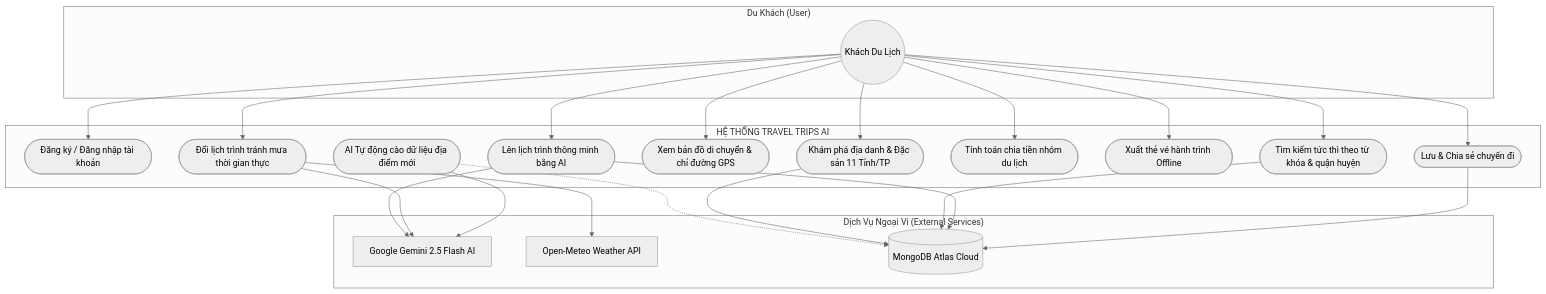
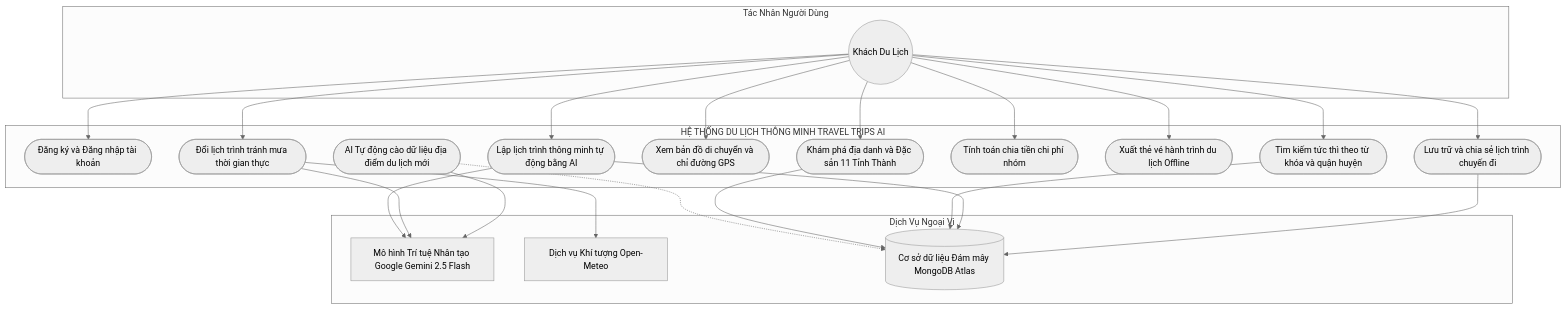
The first of 6 diagrams in README.md (HexDen/Travel_Trips_Central_VietNam), drawn with Mermaid (neutral theme) before and after one commit. The commit also changed other lines of this file, not shown here.

Commit message:
fix: 100% Vietnamese mermaid diagrams and detailed presentation guide

````diff
--- a/README.md
+++ b/README.md
@@ -81,45 +81,45 @@
 ```mermaid
 flowchart TD
-    subgraph KhachDuLich["Du Khách (User)"]
-        U((Khách Du Lịch))
+    subgraph TacNhan["Tác Nhân Người Dùng"]
+        U(("Khách Du Lịch"))
     end
 
-    subgraph HeThongTravelTrips["HỆ THỐNG TRAVEL TRIPS AI"]
-        UC1([Đăng ký / Đăng nhập tài khoản])
-        UC2([Khám phá địa danh & Đặc sản 11 Tỉnh/TP])
-        UC3([Tìm kiếm tức thì theo từ khóa & quận huyện])
-        UC4([Lên lịch trình thông minh bằng AI])
-        UC5([Xem bản đồ di chuyển & chỉ đường GPS])
-        UC6([Đổi lịch trình tránh mưa thời gian thực])
-        UC7([Tính toán chia tiền nhóm du lịch])
-        UC8([Xuất thẻ vé hành trình Offline])
-        UC9([Lưu & Chia sẻ chuyến đi])
-        UC10([AI Tự động cào dữ liệu địa điểm mới])
+    subgraph HeThongTravelTrips["HỆ THỐNG DU LỊCH THÔNG MINH TRAVEL TRIPS AI"]
+        UC1(["Đăng ký và Đăng nhập tài khoản"])
+        UC2(["Khám phá địa danh và Đặc sản 11 Tỉnh Thành"])
+        UC3(["Tìm kiếm tức thì theo từ khóa và quận huyện"])
+        UC4(["Lập lịch trình thông minh tự động bằng AI"])
+        UC5(["Xem bản đồ di chuyển và chỉ đường GPS"])
+        UC6(["Đổi lịch trình tránh mưa thời gian thực"])
+        UC7(["Tính toán chia tiền chi phí nhóm"])
+        UC8(["Xuất thẻ vé hành trình du lịch Offline"])
+        UC9(["Lưu trữ và chia sẻ lịch trình chuyến đi"])
+        UC10(["AI Tự động cào dữ liệu địa điểm du lịch mới"])
     end
 
-    subgraph ExternalServices["Dịch Vụ Ngoại Vi (External Services)"]
-        GeminiAI[Google Gemini 2.5 Flash AI]
-        WeatherAPI[Open-Meteo Weather API]
-        MongoCloud[(MongoDB Atlas Cloud)]
+    subgraph DichVuNgoaiVi["Dịch Vụ Ngoại Vi"]
+        GeminiAI["Mô hình Trí tuệ Nhân tạo Google Gemini 2.5 Flash"]
+        WeatherAPI["Dịch vụ Khí tượng Open-Meteo"]
+        MongoCloud[("Cơ sở dữ liệu Đám mây MongoDB Atlas")]
     end
 
     U --> UC1
     U --> UC2
     U --> UC3
     U --> UC4
     U --> UC5
     U --> UC6
     U --> UC7
     U --> UC8
     U --> UC9
 
     UC10 -.-> MongoCloud
     UC2 --> MongoCloud
     UC3 --> MongoCloud
     UC4 --> GeminiAI
     UC4 --> MongoCloud
     UC6 --> WeatherAPI
     UC6 --> GeminiAI
     UC9 --> MongoCloud
     UC10 --> GeminiAI
 ```
````
